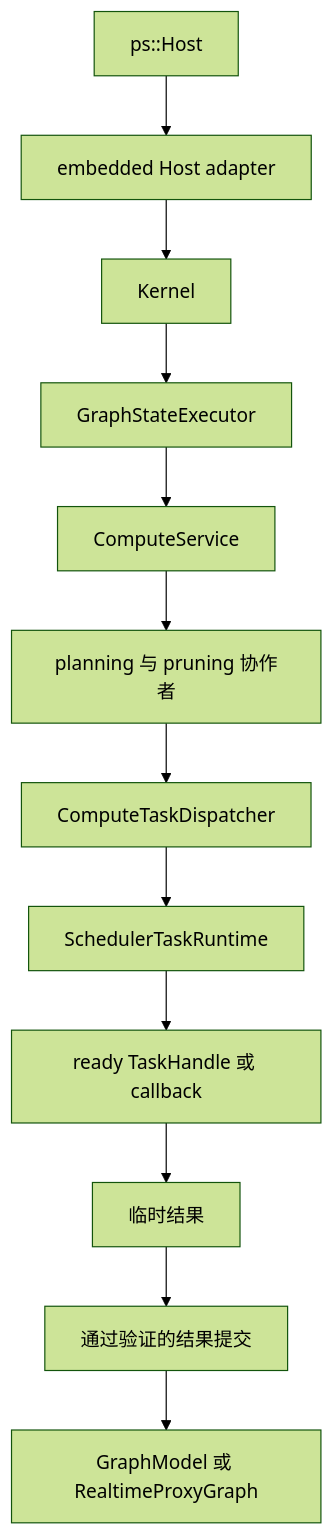
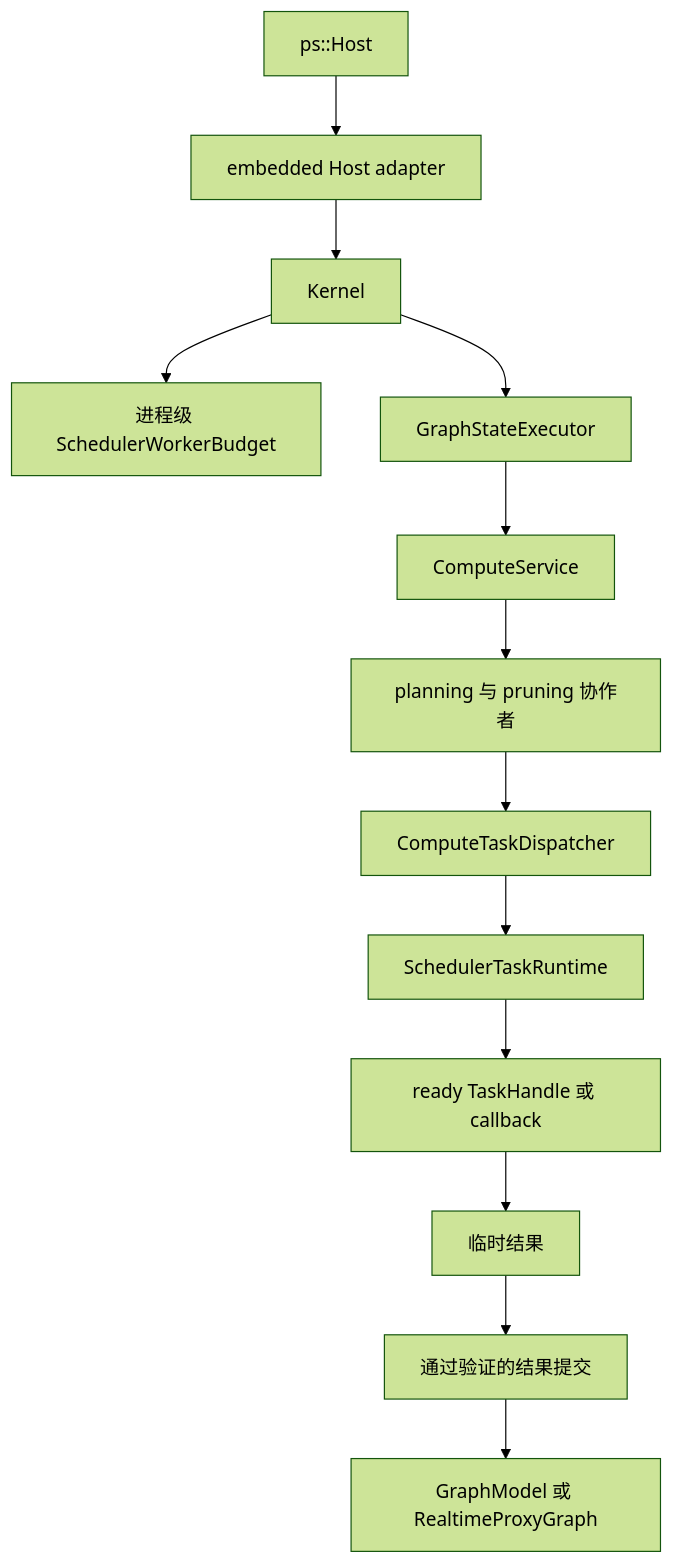
The diagram in docs/kernel-architecture/zh/Compute-Boundaries.zh.md (kevin-zf1123/photospider), drawn with Mermaid (forest theme) before and after one commit. The commit also changed other lines of this file and 25 other files, not shown here.

````diff
--- a/docs/kernel-architecture/zh/Compute-Boundaries.zh.md
+++ b/docs/kernel-architecture/zh/Compute-Boundaries.zh.md
@@ -18,14 +18,15 @@
 ```mermaid
 flowchart TD
   HOST["ps::Host"] --> ADAPTER["embedded Host adapter"]
   ADAPTER --> KERNEL["Kernel"]
+  KERNEL --> BUDGET["进程级 SchedulerWorkerBudget"]
   KERNEL --> GSE["GraphStateExecutor"]
   GSE --> SERVICE["ComputeService"]
   SERVICE --> PLAN["planning 与 pruning 协作者"]
   PLAN --> DISPATCH["ComputeTaskDispatcher"]
   DISPATCH --> RUNTIME["SchedulerTaskRuntime"]
   RUNTIME --> CALLBACK["ready TaskHandle 或 callback"]
   CALLBACK --> TEMP["临时结果"]
   TEMP --> COMMIT["通过验证的结果提交"]
   COMMIT --> GRAPH["GraphModel 或 RealtimeProxyGraph"]
 ```
````
